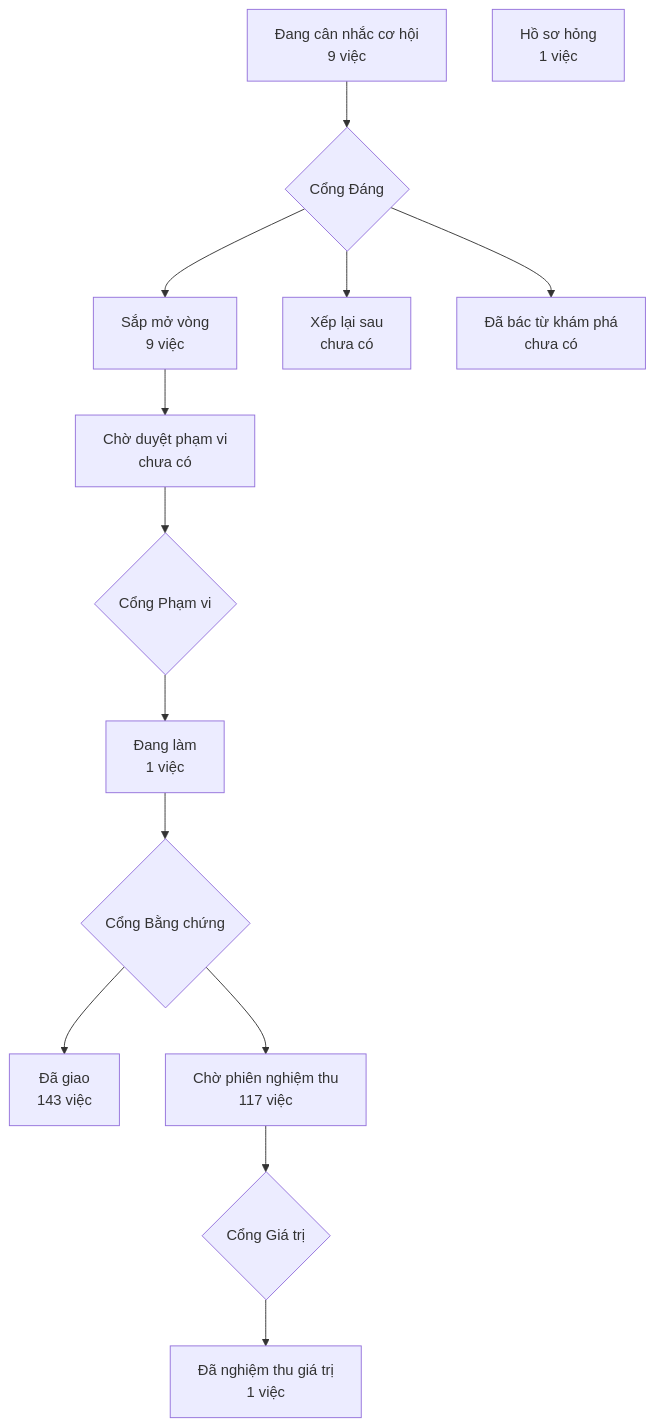
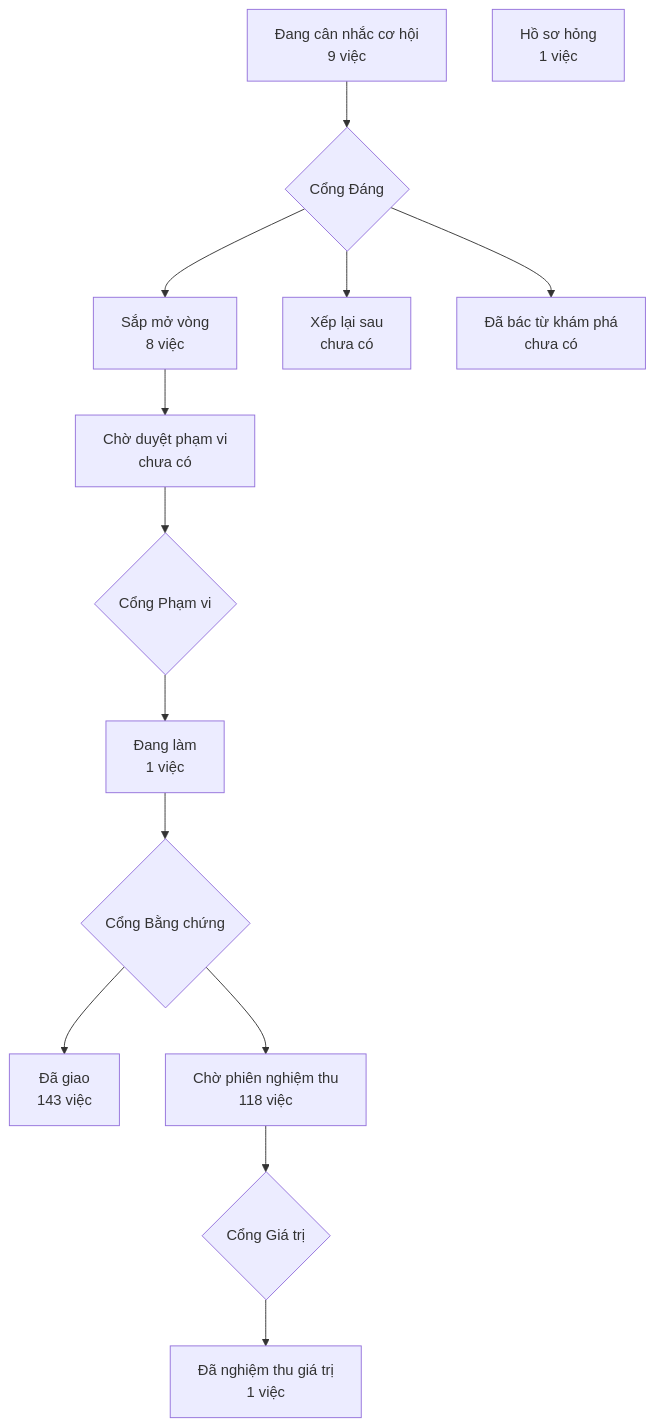
One commit to phanlemanh/crm-onehub changed the diagram in PRODUCT-MAP.md. Above: the diagram before and after it, drawn with Mermaid. The commit also changed 1 other file, not shown here.

Commit message:
chore(loc-va-kieu-xem-chung): vẽ lại bản đồ sau ghim

````diff
--- a/PRODUCT-MAP.md
+++ b/PRODUCT-MAP.md
@@ -7,13 +7,13 @@
 ```mermaid
 flowchart TD
   A["Đang cân nhắc cơ hội<br/>9 việc"] --> GD{"Cổng Đáng"}
-  GD --> B["Sắp mở vòng<br/>9 việc"]
+  GD --> B["Sắp mở vòng<br/>8 việc"]
   GD --> XL["Xếp lại sau<br/>chưa có"]
   GD --> DB["Đã bác từ khám phá<br/>chưa có"]
   B --> CD["Chờ duyệt phạm vi<br/>chưa có"] --> GP{"Cổng Phạm vi"}
   GP --> DL["Đang làm<br/>1 việc"] --> GB{"Cổng Bằng chứng"}
   GB --> DG["Đã giao<br/>143 việc"]
-  GB --> CN["Chờ phiên nghiệm thu<br/>117 việc"] --> GG{"Cổng Giá trị"}
+  GB --> CN["Chờ phiên nghiệm thu<br/>118 việc"] --> GG{"Cổng Giá trị"}
   GG --> NT["Đã nghiệm thu giá trị<br/>1 việc"]
   HS["Hồ sơ hỏng<br/>1 việc"]
 ```
````
